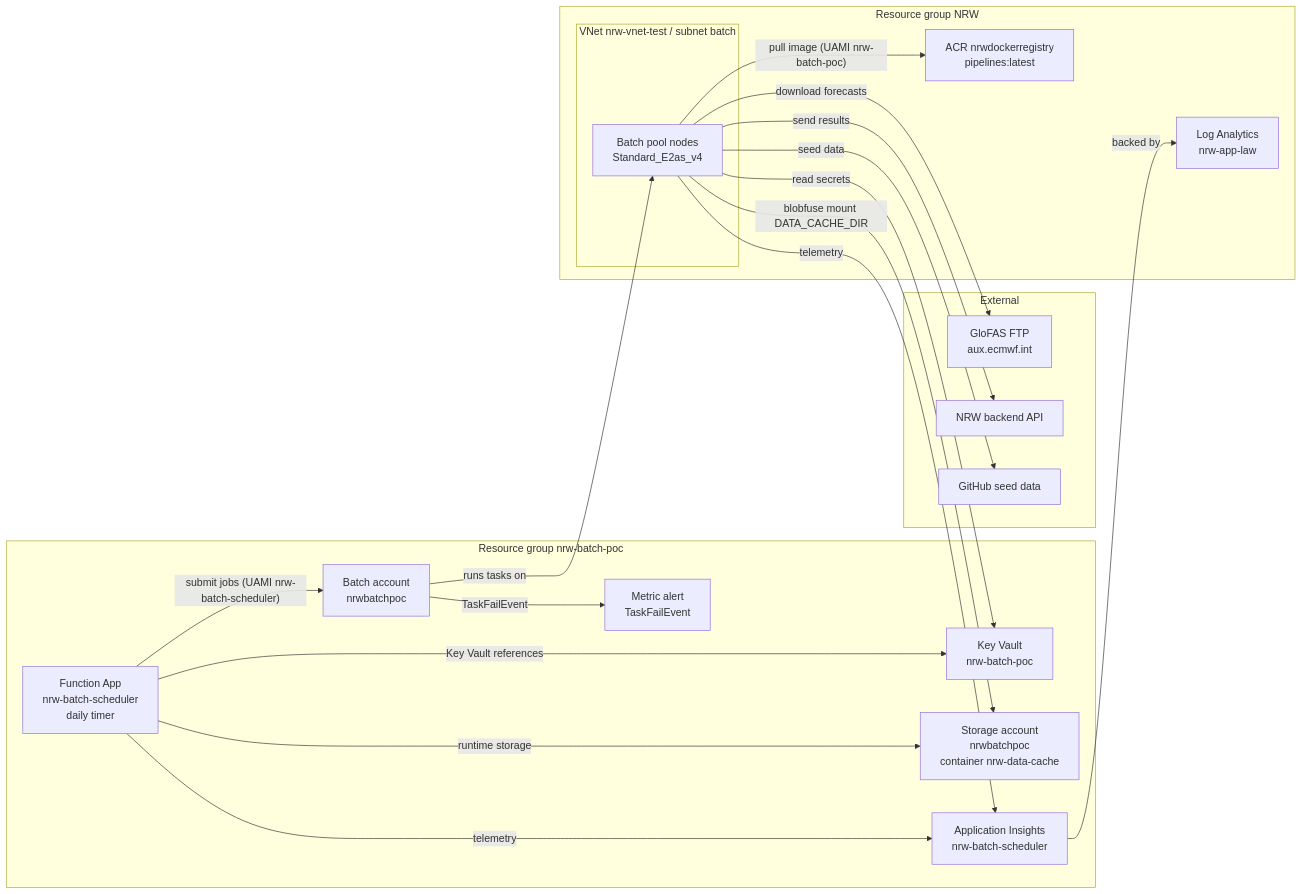
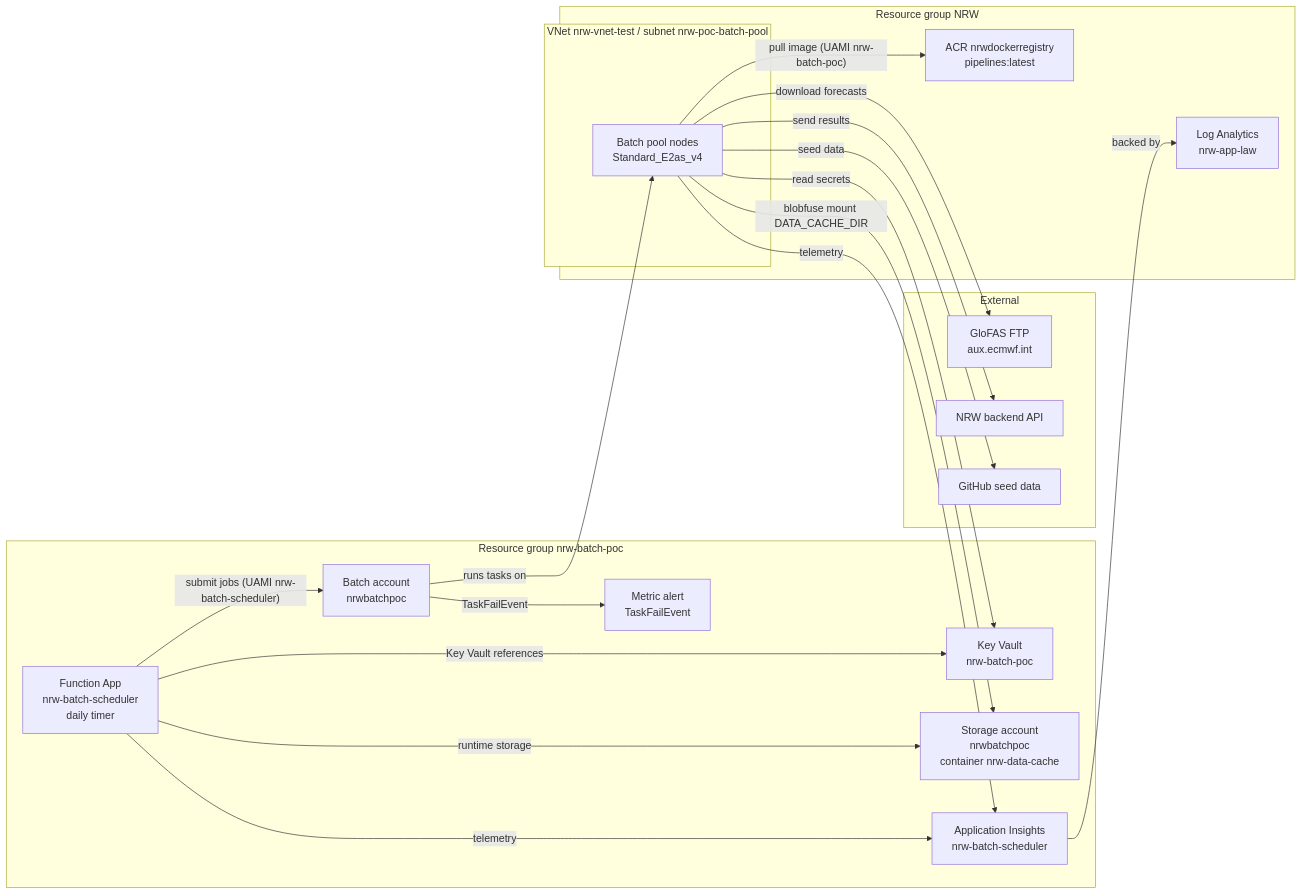
Before and after one commit to rodekruis/IBF: the diagram in data/deploy/readme-implementation.md, drawn with Mermaid. The commit also changed other lines of this file and 2 other files, not shown here.

Commit message:
Fix pool, and some comments

````diff
--- a/data/deploy/readme-implementation.md
+++ b/data/deploy/readme-implementation.md
@@ -35,40 +35,40 @@
 ```mermaid
 flowchart LR
     subgraph External
         glofas[GloFAS FTP<br/>aux.ecmwf.int]
         api[NRW backend API]
         seed[GitHub seed data]
     end
 
     subgraph NRW[Resource group NRW]
         acr[ACR nrwdockerregistry<br/>pipelines:latest]
         law[Log Analytics<br/>nrw-app-law]
-        subgraph vnet[VNet nrw-vnet-test / subnet batch]
+        subgraph vnet[VNet nrw-vnet-test / subnet nrw-poc-batch-pool]
             nodes[Batch pool nodes<br/>Standard_E2as_v4]
         end
     end
 
     subgraph poc[Resource group nrw-batch-poc]
         func[Function App<br/>nrw-batch-scheduler<br/>daily timer]
         batch[Batch account<br/>nrwbatchpoc]
         kv[Key Vault<br/>nrw-batch-poc]
         st[Storage account<br/>nrwbatchpoc<br/>container nrw-data-cache]
         ai[Application Insights<br/>nrw-batch-scheduler]
         alert[Metric alert<br/>TaskFailEvent]
     end
 
     func -- "submit jobs (UAMI nrw-batch-scheduler)" --> batch
     func -- "Key Vault references" --> kv
     func -- "runtime storage" --> st
     batch -- "runs tasks on" --> nodes
     nodes -- "pull image (UAMI nrw-batch-poc)" --> acr
     nodes -- "read secrets" --> kv
     nodes -- "blobfuse mount DATA_CACHE_DIR" --> st
     nodes -- "download forecasts" --> glofas
     nodes -- "seed data" --> seed
     nodes -- "send results" --> api
     func -- telemetry --> ai
     nodes -- telemetry --> ai
     ai -- backed by --> law
     batch -- TaskFailEvent --> alert
 ```
````
